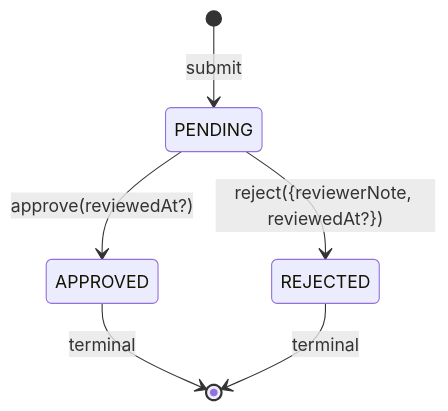
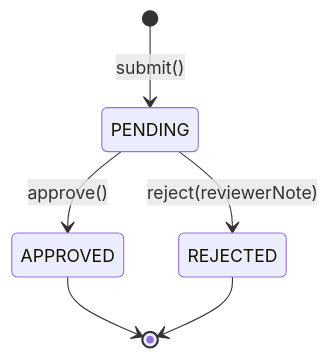
One commit to Physicalfunding/PhysiFun changed the third of 5 diagrams in docs/specs/02_domain-model.md. Above: the diagram before and after it, drawn with Mermaid. The commit also changed other lines of this file and 4 other files, not shown here.

````diff
--- a/docs/specs/02_domain-model.md
+++ b/docs/specs/02_domain-model.md
@@ -311,8 +215,8 @@
 ```mermaid
 stateDiagram-v2
-    [*] --> PENDING : submit
-    PENDING --> APPROVED : approve(reviewedAt?)
-    PENDING --> REJECTED : reject({reviewerNote, reviewedAt?})
-    APPROVED --> [*] : terminal
-    REJECTED --> [*] : terminal
+    [*] --> PENDING : submit()
+    PENDING --> APPROVED : approve()
+    PENDING --> REJECTED : reject(reviewerNote)
+    APPROVED --> [*]
+    REJECTED --> [*]
 ```
````
